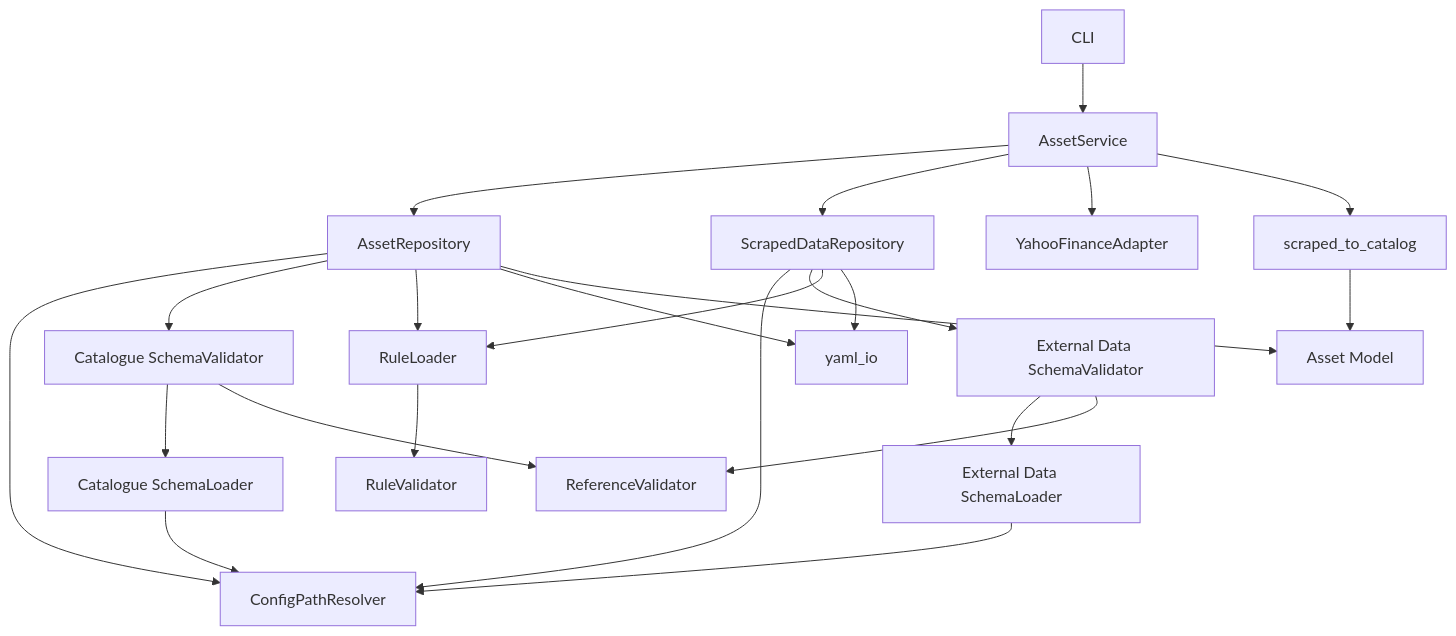
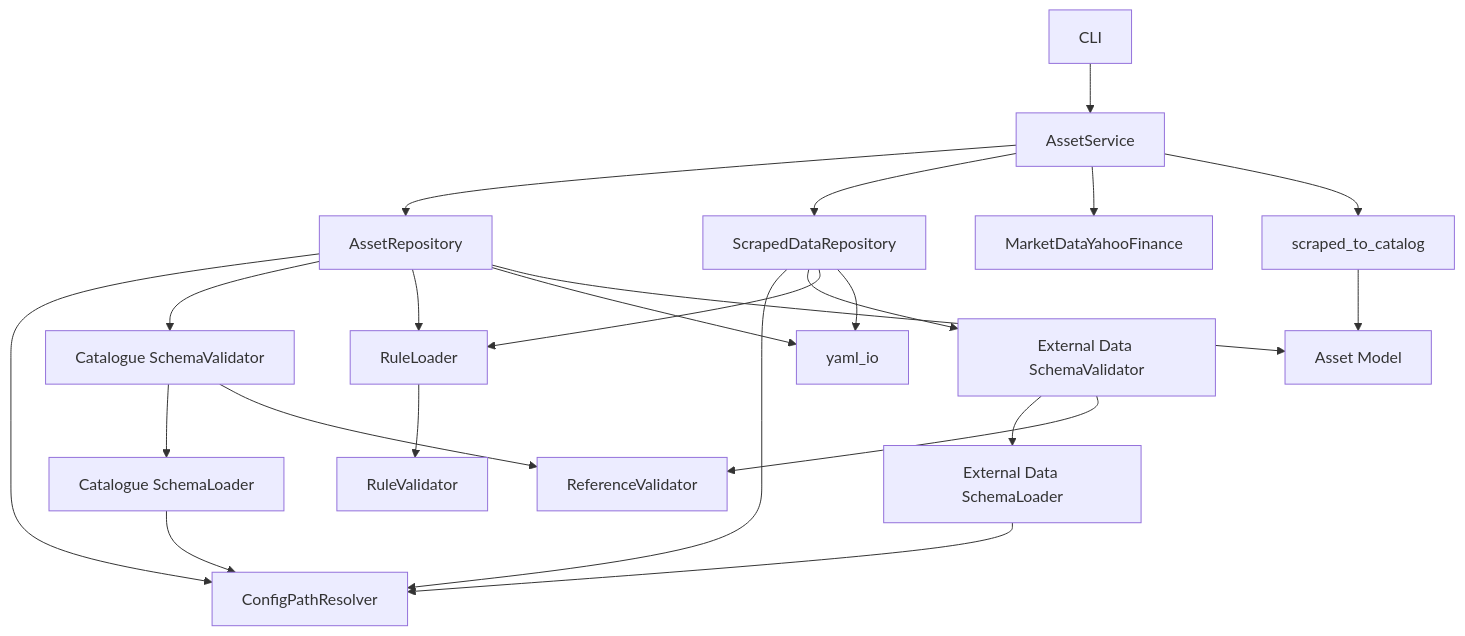
Before and after one commit to CDidiou/finance_cli: the diagram in docs/architecture/asset_management.md, drawn with Mermaid. The commit also changed other lines of this file and 17 other files, not shown here.

Commit message:
dernier step avant basculement en architecture hexagonale et DDD

````diff
--- a/docs/architecture/asset_management.md
+++ b/docs/architecture/asset_management.md
@@ -667,53 +667,53 @@
 ```mermaid
 flowchart TD
     CLI[CLI]
     AS[AssetService]
 
     AR[AssetRepository]
     SDR[ScrapedDataRepository]
-    YA[YahooFinanceAdapter]
+    YA[MarketDataYahooFinance]
     STC[scraped_to_catalog]
 
     CP[ConfigPathResolver]
     SV1[Catalogue SchemaValidator]
     SV2[External Data SchemaValidator]
     SL1[Catalogue SchemaLoader]
     SL2[External Data SchemaLoader]
     RL[RuleLoader]
     RV[RuleValidator]
     REF[ReferenceValidator]
     AM[Asset Model]
     YI[yaml_io]
 
     CLI --> AS
 
     AS --> AR
     AS --> SDR
     AS --> YA
     AS --> STC
 
     AR --> CP
     SDR --> CP
 
     AR --> SV1
     SDR --> SV2
 
     SV1 --> SL1
     SV2 --> SL2
 
     SL1 --> CP
     SL2 --> CP
 
     AR --> RL
     SDR --> RL
     RL --> RV
 
     SV1 --> REF
     SV2 --> REF
 
     AR --> YI
     SDR --> YI
 
     STC --> AM
     AR --> AM
 ```
````
